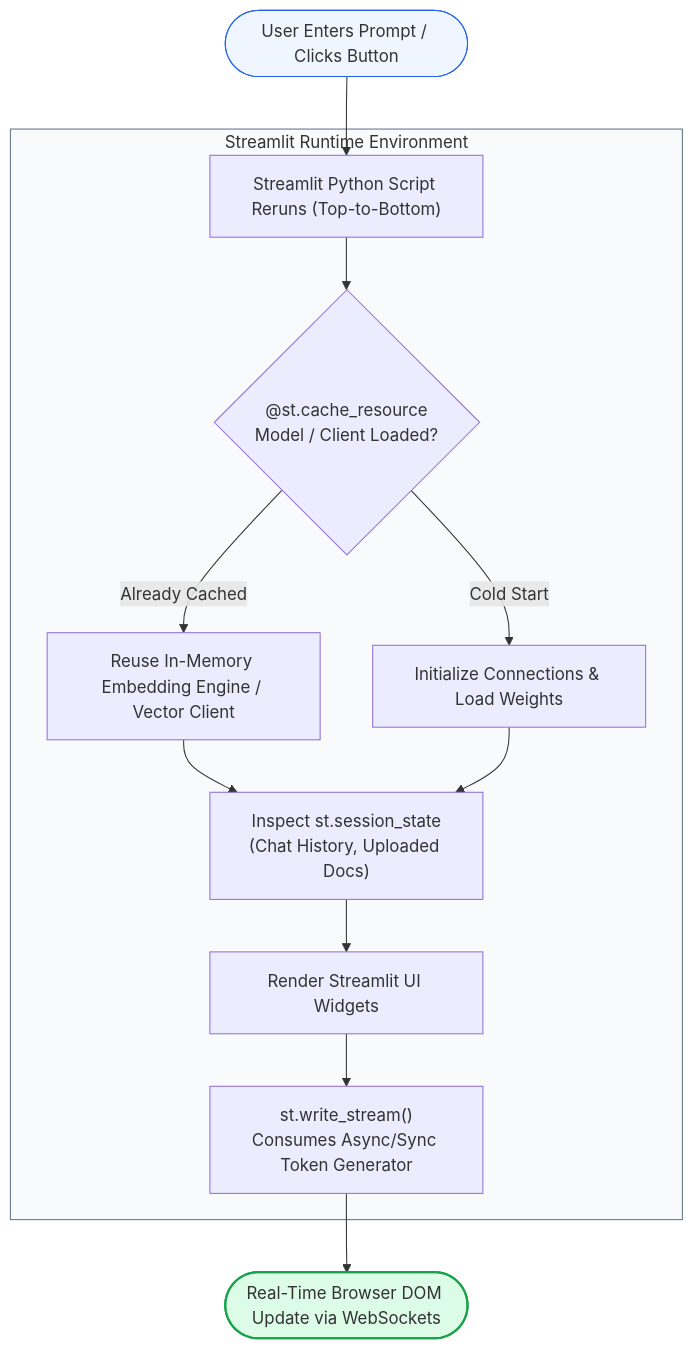
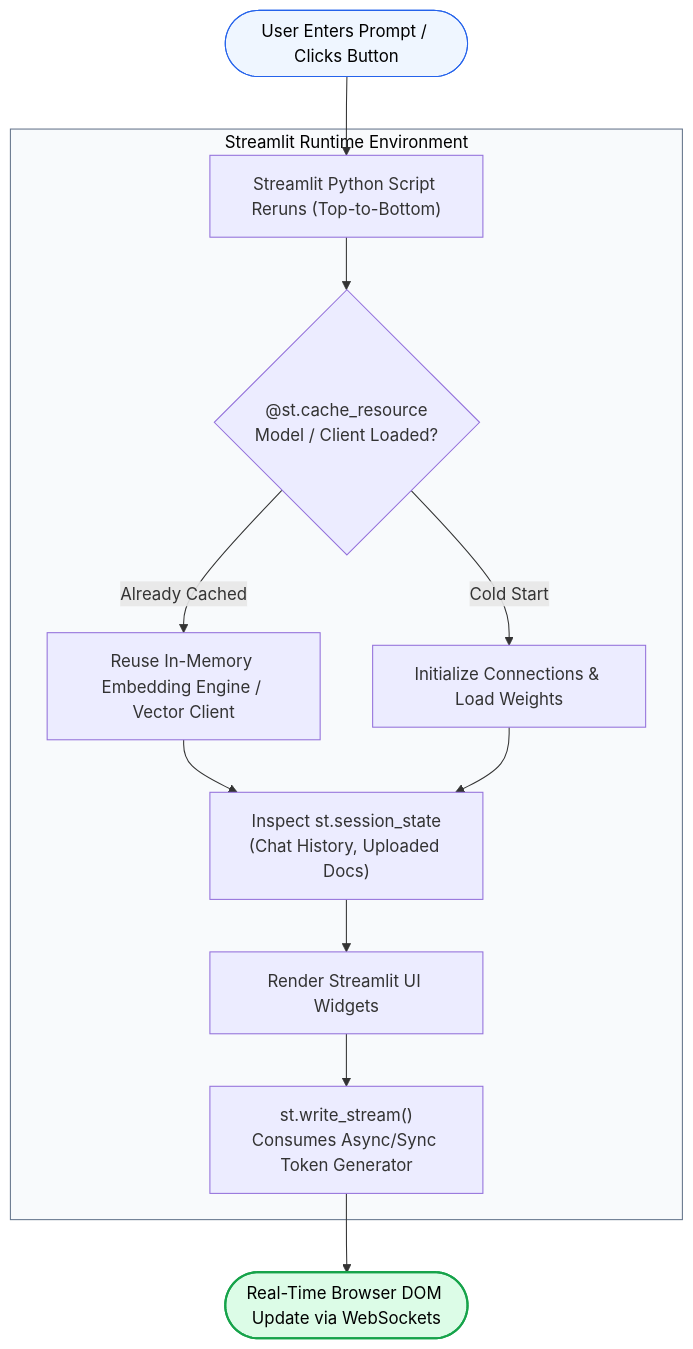
The first of 3 diagrams in 09-RAG-Deployment-and-Production/Streamlit-RAG.md (swapnil3104/RAG-Engineering), drawn with Mermaid before and after one commit. The commit also changed other lines of this file and 108 other files, not shown here.

Commit message:
fix: make chart text visible across all Mermaid diagrams and resolve markdown table formatting issues

````diff
--- a/09-RAG-Deployment-and-Production/Streamlit-RAG.md
+++ b/09-RAG-Deployment-and-Production/Streamlit-RAG.md
@@ -30,22 +30,22 @@
 ```mermaid
 flowchart TD
     UserEvent([User Enters Prompt / Clicks Button]) --> ScriptRun["Streamlit Python Script Reruns (Top-to-Bottom)"]
     
     subgraph ExecutionPlane ["Streamlit Runtime Environment"]
         ScriptRun --> CacheCheck{"@st.cache_resource<br/>Model / Client Loaded?"}
         CacheCheck -->|"Already Cached"| ReuseMem["Reuse In-Memory Embedding Engine / Vector Client"]
         CacheCheck -->|"Cold Start"| InitMem["Initialize Connections & Load Weights"]
         
         ReuseMem --> StateCheck["Inspect st.session_state<br/>(Chat History, Uploaded Docs)"]
         InitMem --> StateCheck
         
         StateCheck --> UI["Render Streamlit UI Widgets"]
         UI --> StreamBlock["st.write_stream()<br/>Consumes Async/Sync Token Generator"]
     end
     
     StreamBlock --> DOMUpdate([Real-Time Browser DOM Update via WebSockets])
     
-    style UserEvent fill:#eff6ff,stroke:#2563eb
-    style ExecutionPlane fill:#f8fafc,stroke:#64748b
-    style DOMUpdate fill:#dcfce7,stroke:#16a34a,stroke-width:2px
+    style UserEvent fill:#eff6ff,stroke:#2563eb,color:#000000
+    style ExecutionPlane fill:#f8fafc,stroke:#64748b,color:#000000
+    style DOMUpdate fill:#dcfce7,stroke:#16a34a,stroke-width:2px,color:#000000
 ```
````
